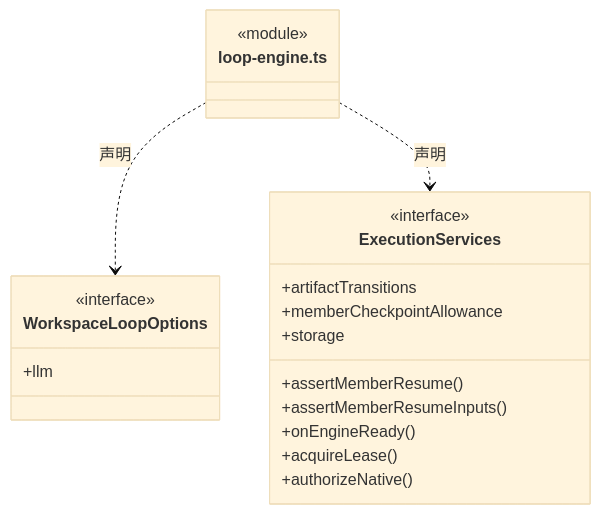
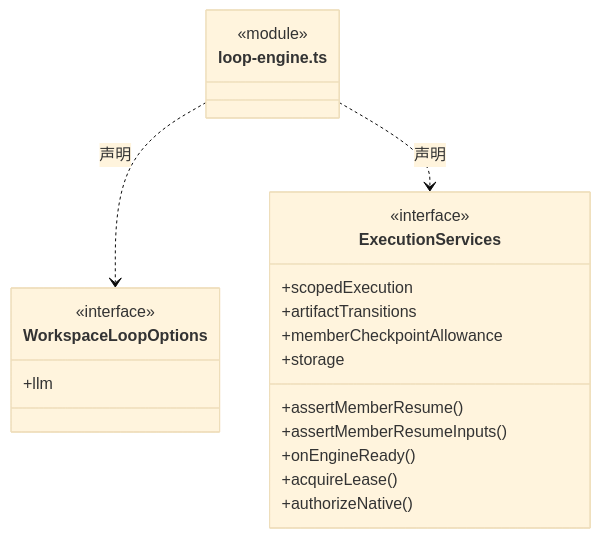
One commit to nan023062/cbim changed the third of 3 diagrams in src/backend/scheduler-engine/assembly/ARCHITECTURE.md. Above: the diagram before and after it, drawn with Mermaid (base theme). The commit also changed other lines of this file and 130 other files, not shown here.

````diff
--- a/src/backend/scheduler-engine/assembly/ARCHITECTURE.md
+++ b/src/backend/scheduler-engine/assembly/ARCHITECTURE.md
@@ -78,23 +78,24 @@
 ```mermaid
 classDiagram
 class N_src_backend_scheduler_engine_assembly_loop_engine_ts["loop-engine.ts"] {
   <<module>>
 }
 class N_src_backend_scheduler_engine_assembly_loop_engine_ts_WorkspaceLoopOptions["WorkspaceLoopOptions"] {
   <<interface>>
   +llm
 }
 N_src_backend_scheduler_engine_assembly_loop_engine_ts ..> N_src_backend_scheduler_engine_assembly_loop_engine_ts_WorkspaceLoopOptions : 声明
 class N_src_backend_scheduler_engine_assembly_loop_engine_ts_ExecutionServices["ExecutionServices"] {
   <<interface>>
+  +scopedExecution
   +artifactTransitions
   +assertMemberResume()
   +memberCheckpointAllowance
   +assertMemberResumeInputs()
   +onEngineReady()
   +storage
   +acquireLease()
   +authorizeNative()
 }
 N_src_backend_scheduler_engine_assembly_loop_engine_ts ..> N_src_backend_scheduler_engine_assembly_loop_engine_ts_ExecutionServices : 声明
 ```
````
